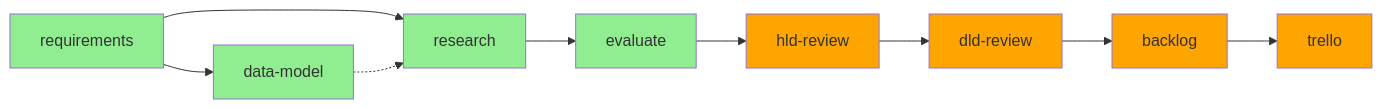
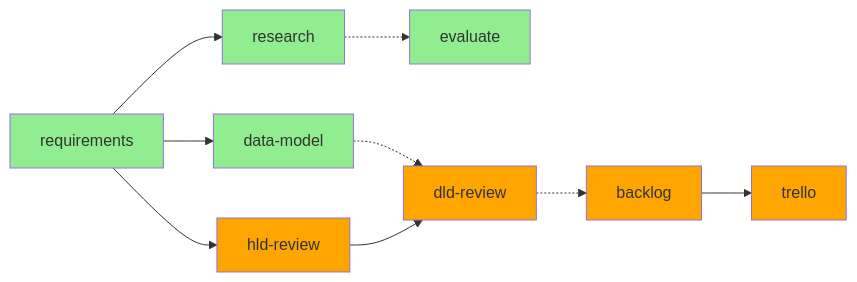
Before and after one commit to tractorjuice/arc-kit: diagram 13 of 14 in docs/WORKFLOW-DIAGRAMS.md, drawn with Mermaid. The commit also changed other lines of this file, not shown here.

First line of the commit message:
docs: redraw WORKFLOW-DIAGRAMS.md from the dependency data

````diff
--- a/docs/WORKFLOW-DIAGRAMS.md
+++ b/docs/WORKFLOW-DIAGRAMS.md
@@ -1025,20 +1300,35 @@
 ```mermaid
 graph LR
-    A[requirements] --> B[data-model]
-    A --> C[research]
-    B -.-> C
-    C --> D[evaluate]
-    D --> E[hld-review]
-    E --> F[dld-review]
-    F --> G[backlog]
-    G --> H[trello]
+    %% Tier 4
+    requirements[requirements]
+    %% Tier 6
+    data_model[data-model]
+    research[research]
+    %% Tier 7
+    evaluate[evaluate]
+    %% Tier 8
+    hld_review[hld-review]
+    dld_review[dld-review]
+    %% Tier 9
+    backlog[backlog]
+    %% Tier 10
+    trello[trello]
 
-    style A fill:#90EE90
-    style B fill:#90EE90
-    style C fill:#90EE90
-    style D fill:#90EE90
-    style E fill:#FFA500
-    style F fill:#FFA500
-    style G fill:#FFA500
-    style H fill:#FFA500
+    requirements --> data_model
+    requirements --> research
+    research -.-> evaluate
+    requirements --> hld_review
+    data_model -.-> dld_review
+    hld_review --> dld_review
+    dld_review -.-> backlog
+    backlog --> trello
+
+    style requirements fill:#90EE90
+    style data_model fill:#90EE90
+    style research fill:#90EE90
+    style evaluate fill:#90EE90
+    style hld_review fill:#FFA500
+    style dld_review fill:#FFA500
+    style backlog fill:#FFA500
+    style trello fill:#FFA500
 ```
````
